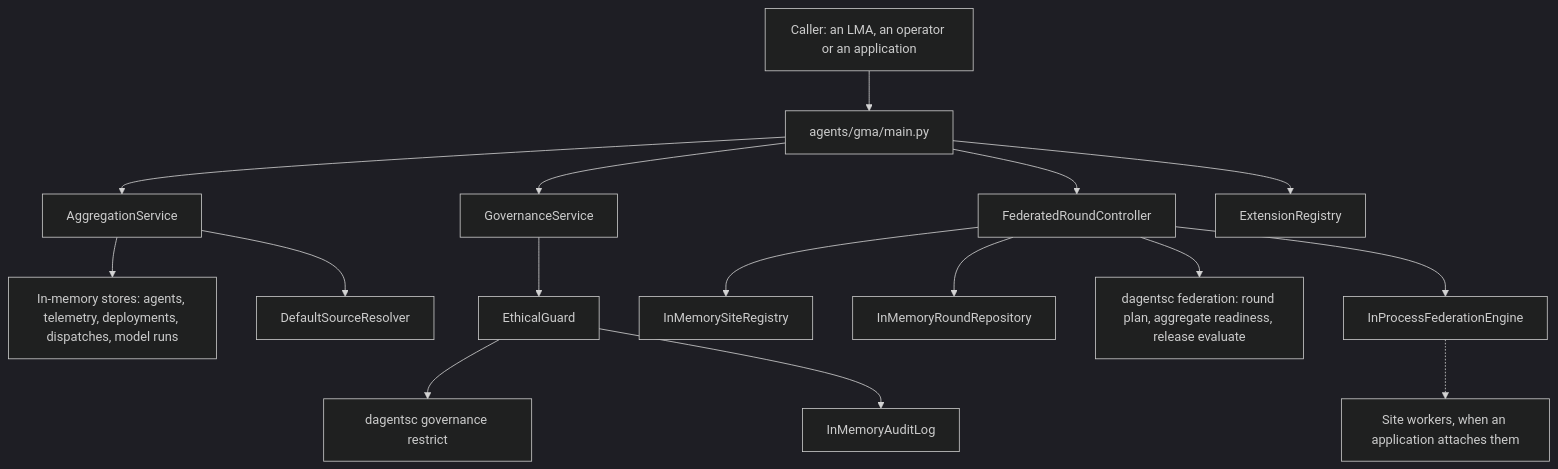
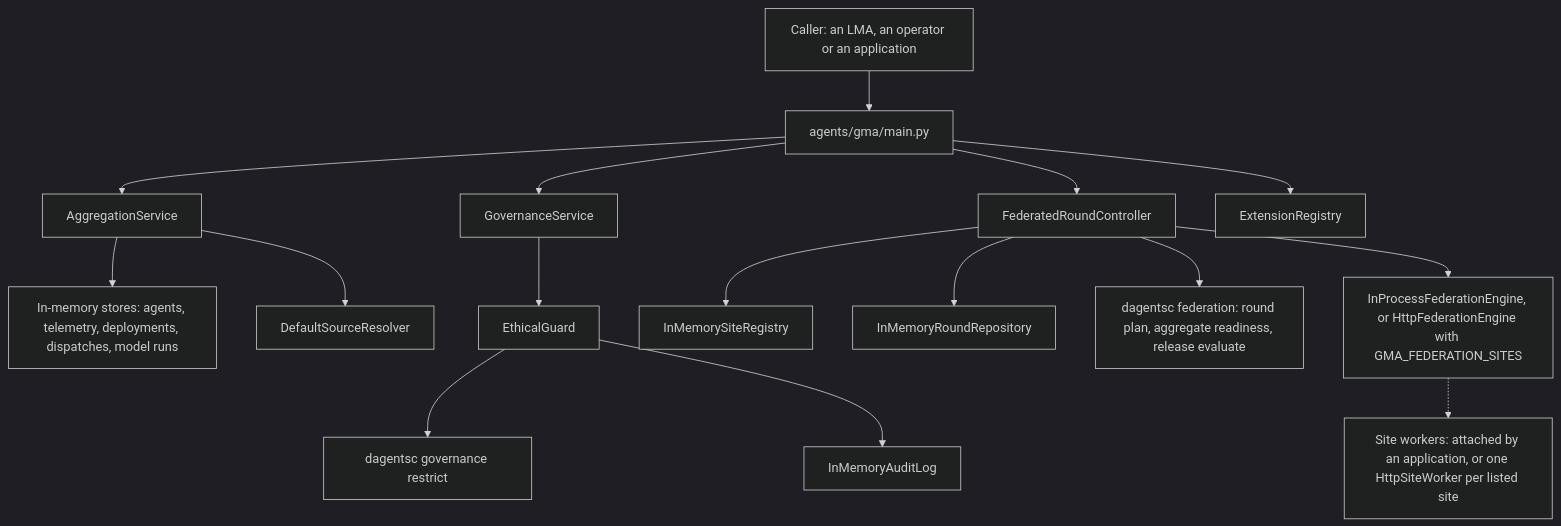
One commit to pradyunuydarp/Dagents changed the sixth of 9 diagrams in docs/reference/api/agents.md. Above: the diagram before and after it, drawn with Mermaid (dark theme). The commit also changed other lines of this file and 9 other files, not shown here.

First line of the commit message:
Let the GMA send round jobs to sites over HTTP

````diff
--- a/docs/reference/api/agents.md
+++ b/docs/reference/api/agents.md
@@ -866,18 +874,18 @@
 ```mermaid
 flowchart TB
     Caller["Caller: an LMA, an operator or an application"] --> Routes["agents/gma/main.py"]
     Routes --> Aggregation["AggregationService"]
     Routes --> Governance["GovernanceService"]
     Routes --> Rounds["FederatedRoundController"]
     Routes --> Registry["ExtensionRegistry"]
     Aggregation --> Stores["In-memory stores: agents, telemetry, deployments, dispatches, model runs"]
     Aggregation --> Resolver["DefaultSourceResolver"]
     Governance --> Guard["EthicalGuard"]
     Guard --> Restrict["dagentsc governance restrict"]
     Guard --> Audit["InMemoryAuditLog"]
     Rounds --> Sites["InMemorySiteRegistry"]
     Rounds --> RoundStore["InMemoryRoundRepository"]
     Rounds --> Federation["dagentsc federation: round plan, aggregate readiness, release evaluate"]
-    Rounds --> Engine["InProcessFederationEngine"]
-    Engine -.-> Workers["Site workers, when an application attaches them"]
+    Rounds --> Engine["InProcessFederationEngine, or HttpFederationEngine with GMA_FEDERATION_SITES"]
+    Engine -.-> Workers["Site workers: attached by an application, or one HttpSiteWorker per listed site"]
 ```
````
